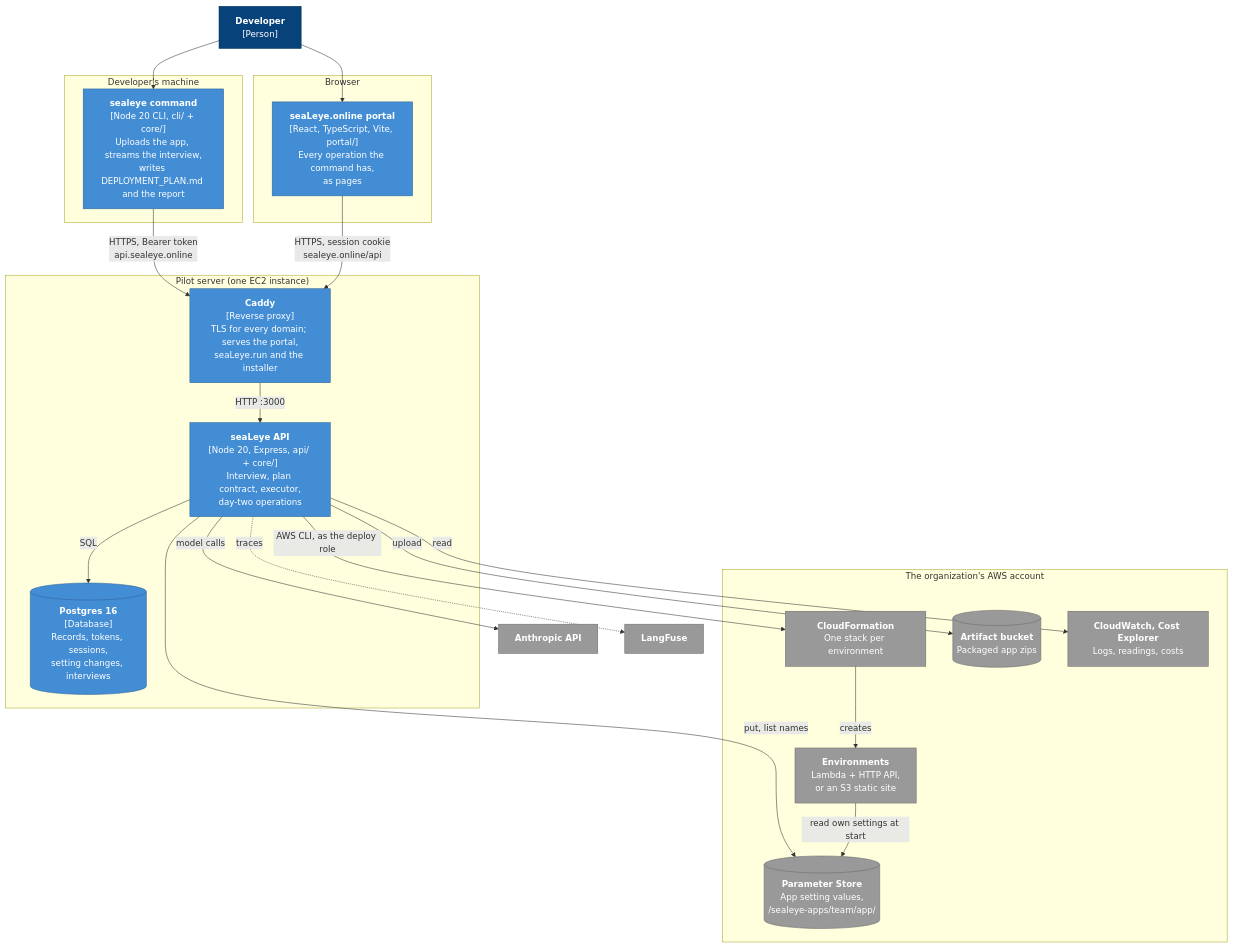
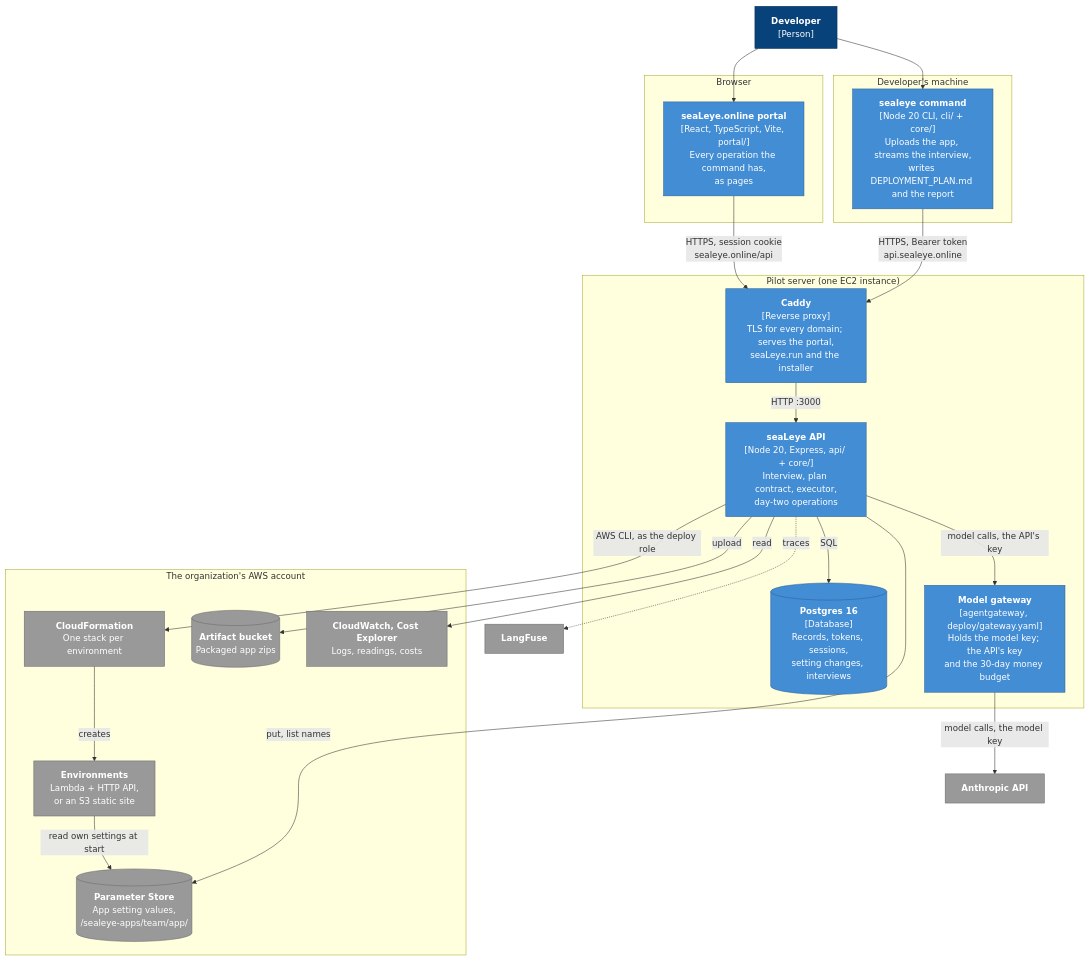
The second of 11 diagrams in docs/ARCHITECTURE.md (GregKliewer/sealeye), drawn with Mermaid before and after one commit. The commit also changed other lines of this file and 16 other files, not shown here.

First line of the commit message:
Phase 3 Step 5: the model gateway on the server

````diff
--- a/docs/ARCHITECTURE.md
+++ b/docs/ARCHITECTURE.md
@@ -93,53 +93,55 @@
 ```mermaid
 flowchart TB
   dev["<b>Developer</b><br/>[Person]"]
 
   subgraph laptop["Developer's machine"]
     cli["<b>sealeye command</b><br/>[Node 20 CLI, cli/ + core/]<br/>Uploads the app, streams the interview,<br/>writes DEPLOYMENT_PLAN.md and the report"]
   end
 
   subgraph browser["Browser"]
     portal["<b>seaLeye.online portal</b><br/>[React, TypeScript, Vite, portal/]<br/>Every operation the command has,<br/>as pages"]
   end
 
   subgraph server["Pilot server (one EC2 instance)"]
     caddy["<b>Caddy</b><br/>[Reverse proxy]<br/>TLS for every domain; serves the portal,<br/>seaLeye.run and the installer"]
     api["<b>seaLeye API</b><br/>[Node 20, Express, api/ + core/]<br/>Interview, plan contract, executor,<br/>day-two operations"]
     pg[("<b>Postgres 16</b><br/>[Database]<br/>Records, tokens, sessions,<br/>setting changes, interviews")]
+    gw["<b>Model gateway</b><br/>[agentgateway, deploy/gateway.yaml]<br/>Holds the model key; the API's key<br/>and the 30-day money budget"]
   end
 
   subgraph aws["The organization's AWS account"]
     cfn["<b>CloudFormation</b><br/>One stack per environment"]
     s3a[("<b>Artifact bucket</b><br/>Packaged app zips")]
     ssm[("<b>Parameter Store</b><br/>App setting values,<br/>/sealeye-apps/team/app/")]
     envs["<b>Environments</b><br/>Lambda + HTTP API,<br/>or an S3 static site"]
     cw["<b>CloudWatch, Cost Explorer</b><br/>Logs, readings, costs"]
   end
 
   anthropic["<b>Anthropic API</b>"]
   langfuse["<b>LangFuse</b>"]
 
   dev --> cli
   dev --> portal
   cli -- "HTTPS, Bearer token<br/>api.sealeye.online" --> caddy
   portal -- "HTTPS, session cookie<br/>sealeye.online/api" --> caddy
   caddy -- "HTTP :3000" --> api
   api -- "SQL" --> pg
   api -- "AWS CLI, as the deploy role" --> cfn
   api -- "upload" --> s3a
   api -- "put, list names" --> ssm
   api -- "read" --> cw
   cfn -- "creates" --> envs
   envs -- "read own settings at start" --> ssm
-  api -- "model calls" --> anthropic
+  api -- "model calls, the API's key" --> gw
+  gw -- "model calls, the model key" --> anthropic
   api -. "traces" .-> langfuse
 
   classDef person fill:#08427b,stroke:#052e56,color:#fff
   classDef container fill:#438dd5,stroke:#2e6295,color:#fff
   classDef store fill:#438dd5,stroke:#2e6295,color:#fff
   classDef external fill:#999,stroke:#6b6b6b,color:#fff
   class dev person
-  class cli,portal,caddy,api container
+  class cli,portal,caddy,api,gw container
   class pg store
   class cfn,s3a,ssm,envs,cw,anthropic,langfuse external
 ```
````
